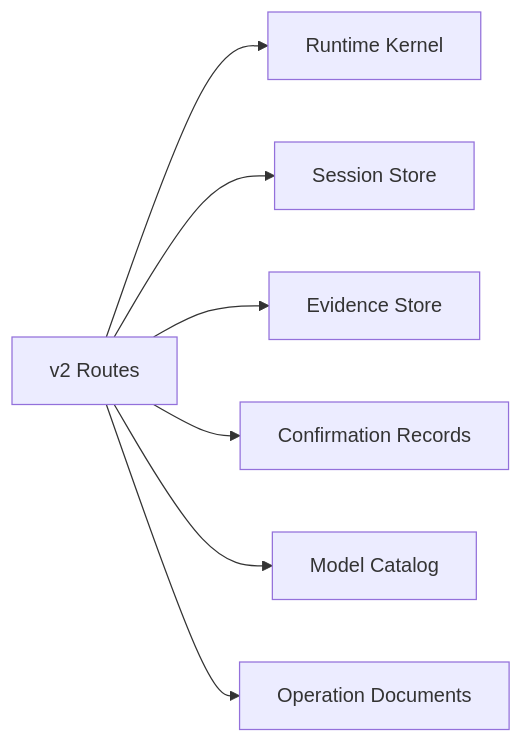
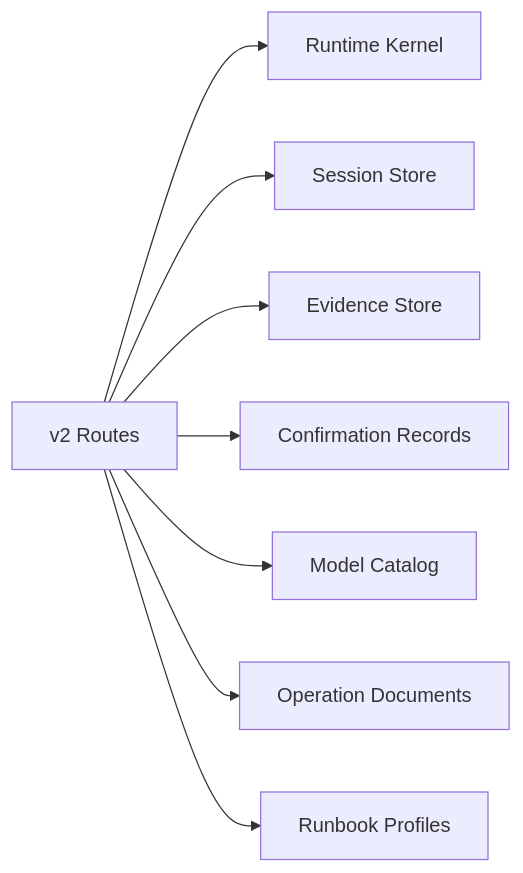
One commit to metasync/luban-aiops changed the third of 3 diagrams in .qoder/repowiki/en/content/API Reference/Agent Platform API/Agent Platform API.md. Above: the diagram before and after it, drawn with Mermaid. The commit also changed other lines of this file and 15 other files, not shown here.

````diff
--- a/.qoder/repowiki/en/content/API Reference/Agent Platform API/Agent Platform API.md
+++ b/.qoder/repowiki/en/content/API Reference/Agent Platform API/Agent Platform API.md
@@ -293,9 +359,10 @@
 ```mermaid
 graph LR
 Routes["v2 Routes"] --> Kernel["Runtime Kernel"]
 Routes --> SessionStore["Session Store"]
 Routes --> EvidenceStore["Evidence Store"]
 Routes --> ConfirmStore["Confirmation Records"]
 Routes --> ModelCatalog["Model Catalog"]
 Routes --> DocStore["Operation Documents"]
+Routes --> Runbooks["Runbook Profiles"]
 ```
````
